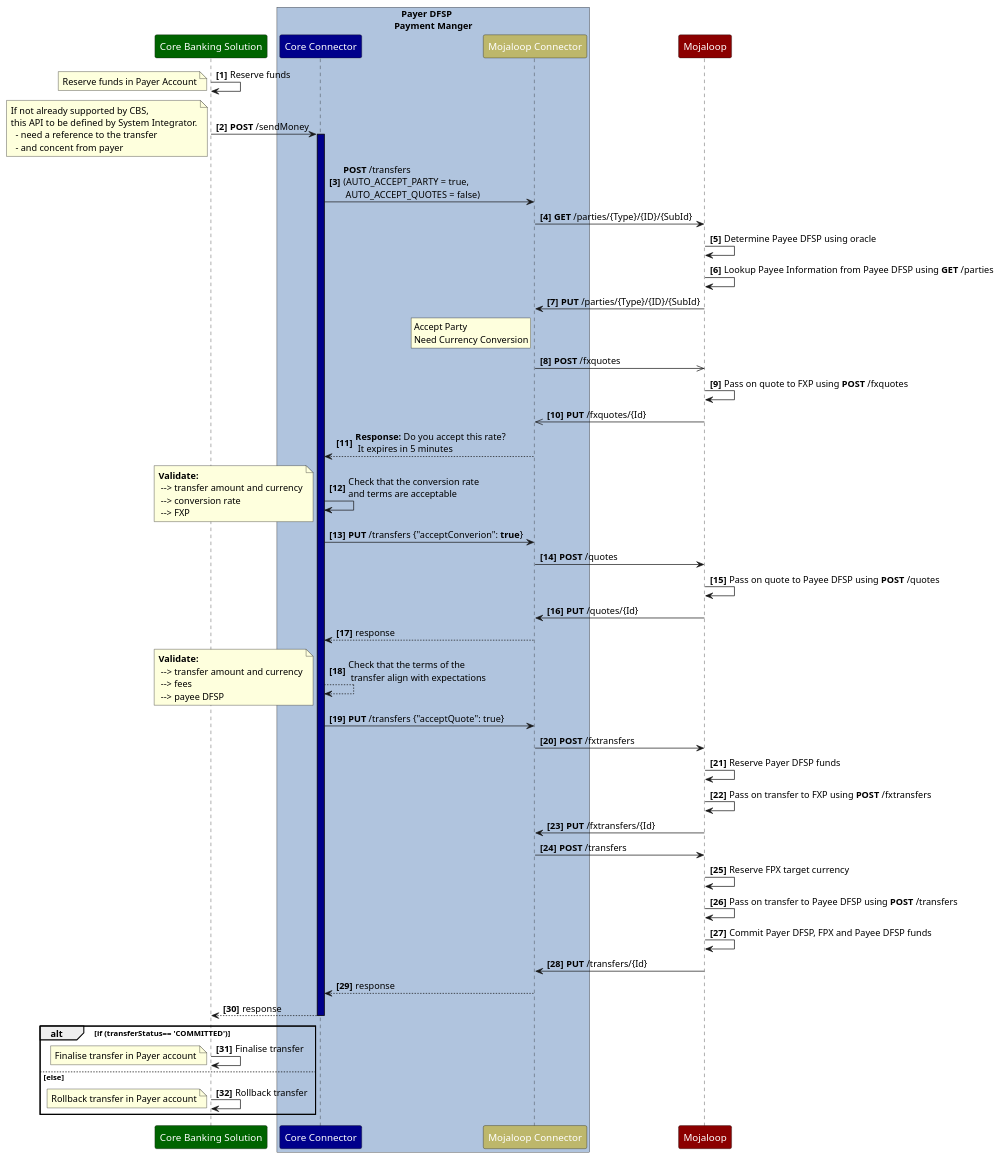
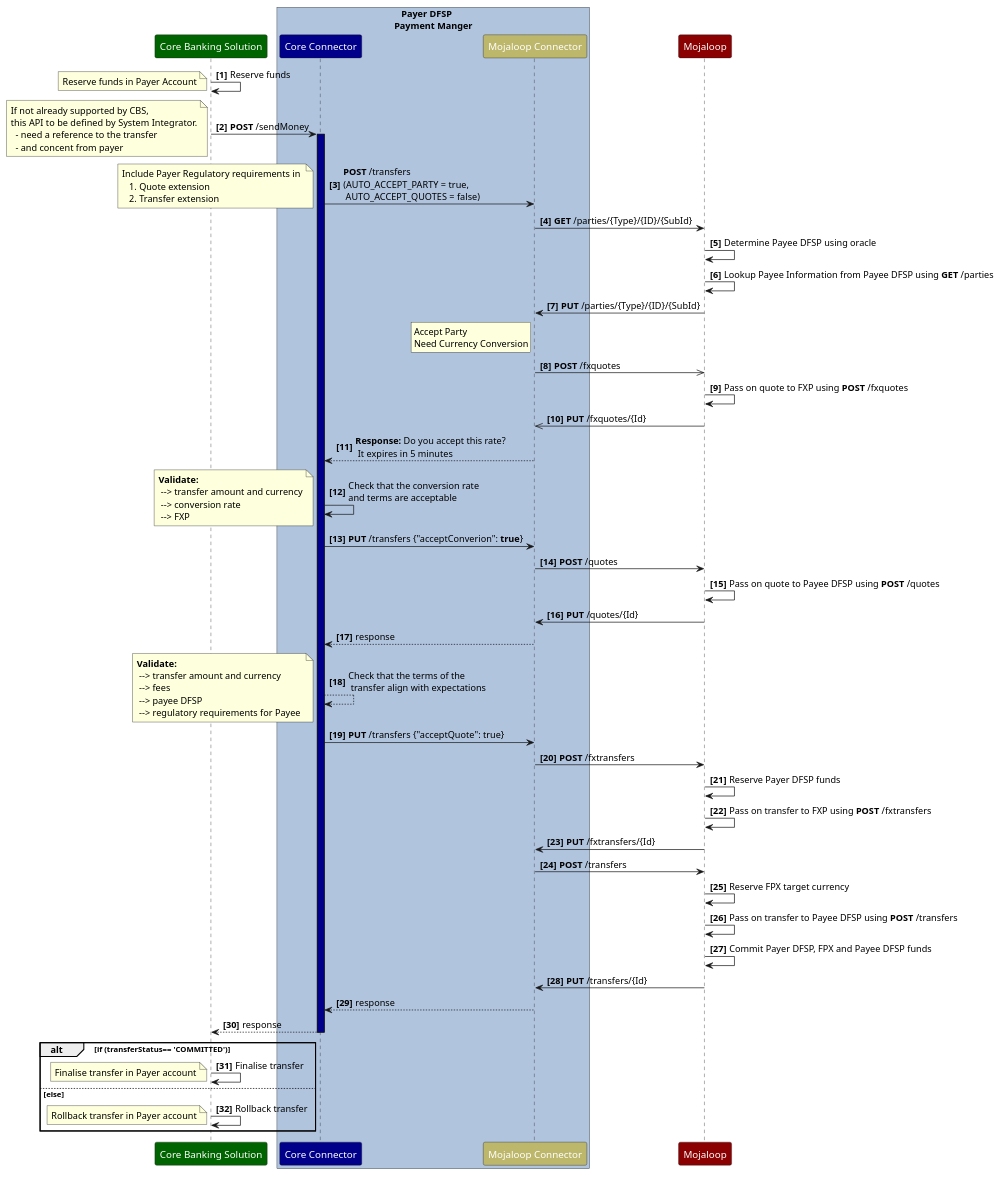
One commit to infitx-org/participation-tool-docs changed the diagram in DesignSequenceDiagrams/PayerDFSPSingleIntegrationApiPattern.PlantUML. Above: the diagram before and after it, drawn with PlantUML. The commit also changed 29 other files, not shown here.

```diff
--- a/DesignSequenceDiagrams/PayerDFSPSingleIntegrationApiPattern.PlantUML
+++ b/DesignSequenceDiagrams/PayerDFSPSingleIntegrationApiPattern.PlantUML
@@ -1,89 +1,95 @@
 @startuml PayerDFSPSingleIntegrationApiPattern
 /'*****
 --------------
 ******'/
 
 skinparam participant { 
   FontColor white
 }
   participant "Core Banking Solution" as CBS #DarkGreen
 box "   Payer DFSP\nPayment Manger" #LightSteelBlue
   participant "Core Connector" as CC  #DarkBlue
   participant "Mojaloop Connector" as MC #DarkKhaki
 end box
 participant "Mojaloop" as Switch #DarkRed
 
 autonumber 1 1 "<b>[0]"
 
 
 CBS->CBS: Reserve funds
 note left
   Reserve funds in Payer Account
 end note
 CBS->CC: **POST** /sendMoney 
 note left
   If not already supported by CBS, 
   this API to be defined by System Integrator.
     - need a reference to the transfer 
     - and concent from payer
 end note
 activate CC #DarkBlue
 CC->MC: **POST** /transfers \n(AUTO_ACCEPT_PARTY = true,\n AUTO_ACCEPT_QUOTES = false)
+note left
+Include Payer Regulatory requirements in 
+   1. Quote extension 
+   2. Transfer extension 
+end note
 MC->Switch: **GET** /parties/{Type}/{ID}/{SubId}
 Switch->Switch: Determine Payee DFSP using oracle
 Switch->Switch: Lookup Payee Information from Payee DFSP using **GET** /parties
 Switch->MC: **PUT** /parties/{Type}/{ID}/{SubId}
 rnote left MC
   Accept Party
   Need Currency Conversion
 endrnote
 MC->>Switch: **POST** /fxquotes
 Switch->Switch: Pass on quote to FXP using **POST** /fxquotes
 Switch->>MC: **PUT** /fxquotes/{Id}
 MC-->CC: **Response:** Do you accept this rate? \n It expires in 5 minutes
 CC->CC: Check that the conversion rate \nand terms are acceptable
 note left
   **Validate:**
    --> transfer amount and currency
    --> conversion rate
    --> FXP
 end note  
 CC->MC: **PUT** /transfers {"acceptConverion": **true**}
 MC->Switch: **POST** /quotes
 Switch->Switch: Pass on quote to Payee DFSP using **POST** /quotes
 Switch->MC: **PUT** /quotes/{Id}
 MC-->CC: response
 CC-->CC: Check that the terms of the \n transfer align with expectations
 note left
 **Validate:**
  --> transfer amount and currency
  --> fees 
  --> payee DFSP
+ --> regulatory requirements for Payee 
 end note
 CC->MC: **PUT** /transfers {"acceptQuote": true}
 MC->Switch: **POST** /fxtransfers 
 Switch->Switch: Reserve Payer DFSP funds
 Switch->Switch: Pass on transfer to FXP using **POST** /fxtransfers
 Switch->MC: **PUT** /fxtransfers/{Id}
 
 MC->Switch: **POST** /transfers 
 Switch->Switch: Reserve FPX target currency
 Switch->Switch: Pass on transfer to Payee DFSP using **POST** /transfers
 Switch->Switch: Commit Payer DFSP, FPX and Payee DFSP funds
 Switch->MC: **PUT** /transfers/{Id}
 MC-->CC: response
 CC-->CBS: response
 deactivate CC
 alt if (transferStatus== 'COMMITTED')
 CBS->CBS: Finalise transfer
 note left
    Finalise transfer in Payer account
 end note
 else else
 CBS->CBS: Rollback transfer
 note left
    Rollback transfer in Payer account
 end note
 end 
 
 @enduml
```
